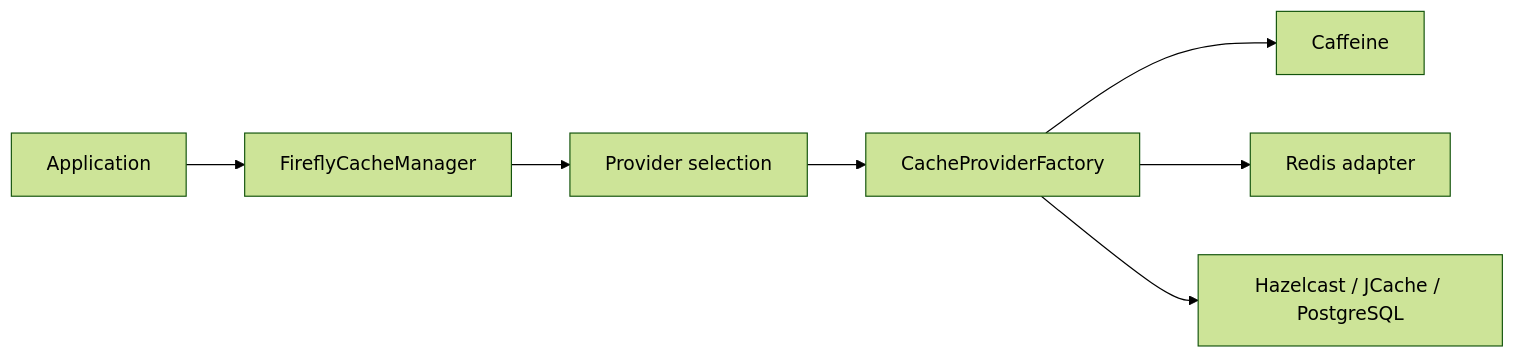
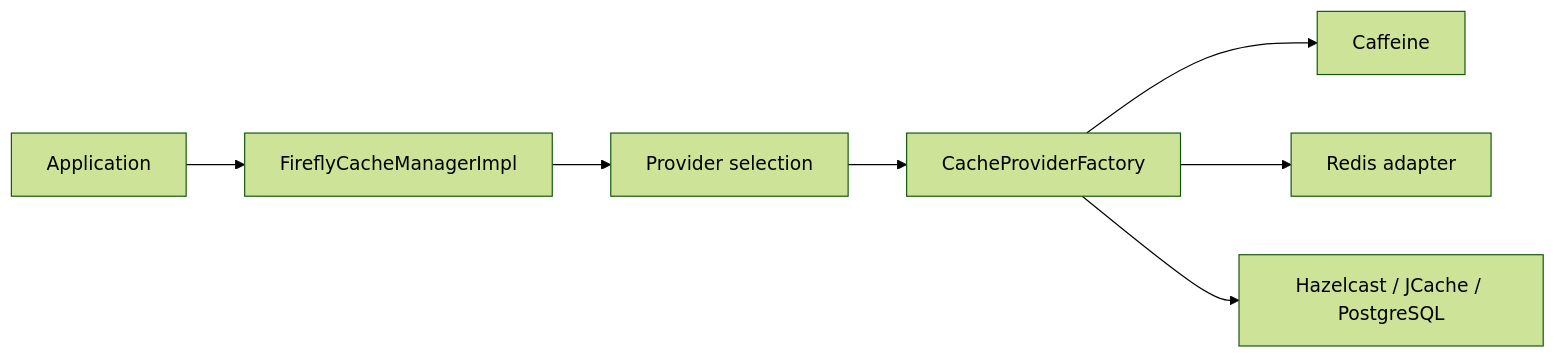
The diagram in docs/site/modules/cache.md (fireflyframework/fireflyframework-jafly), drawn with Mermaid (forest theme) before and after one commit. The commit also changed other lines of this file and 1166 other files, not shown here.

````diff
--- a/docs/site/modules/cache.md
+++ b/docs/site/modules/cache.md
@@ -17,9 +17,9 @@
 ```mermaid
 flowchart LR
-    App[Application] --> Manager[FireflyCacheManager]
+    App[Application] --> Manager[FireflyCacheManagerImpl]
     Manager --> Selection[Provider selection]
     Selection --> SPI[CacheProviderFactory]
     SPI --> Local[Caffeine]
     SPI --> Redis[Redis adapter]
     SPI --> Other[Hazelcast / JCache / PostgreSQL]
 ```
````
